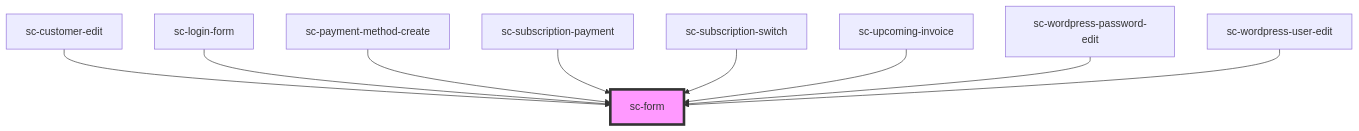
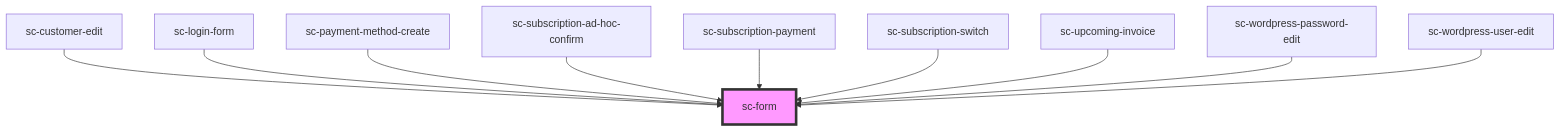
One commit to surecart/surecart-wp-plugin changed the diagram in packages/components/src/components/ui/form/readme.md. Above: the diagram before and after it, drawn with Mermaid. The commit also changed other lines of this file and 20 other files, not shown here.

````diff
--- a/packages/components/src/components/ui/form/readme.md
+++ b/packages/components/src/components/ui/form/readme.md
@@ -88,12 +89,13 @@
 ```mermaid
 graph TD;
   sc-customer-edit --> sc-form
   sc-login-form --> sc-form
   sc-payment-method-create --> sc-form
+  sc-subscription-ad-hoc-confirm --> sc-form
   sc-subscription-payment --> sc-form
   sc-subscription-switch --> sc-form
   sc-upcoming-invoice --> sc-form
   sc-wordpress-password-edit --> sc-form
   sc-wordpress-user-edit --> sc-form
   style sc-form fill:#f9f,stroke:#333,stroke-width:4px
 ```
````
